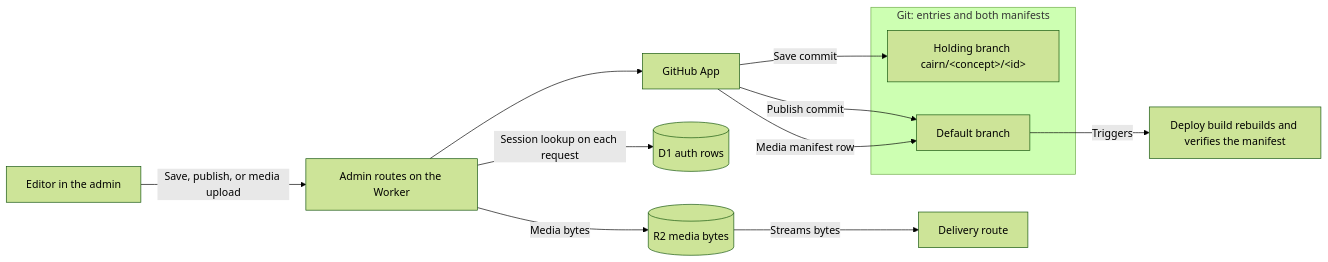
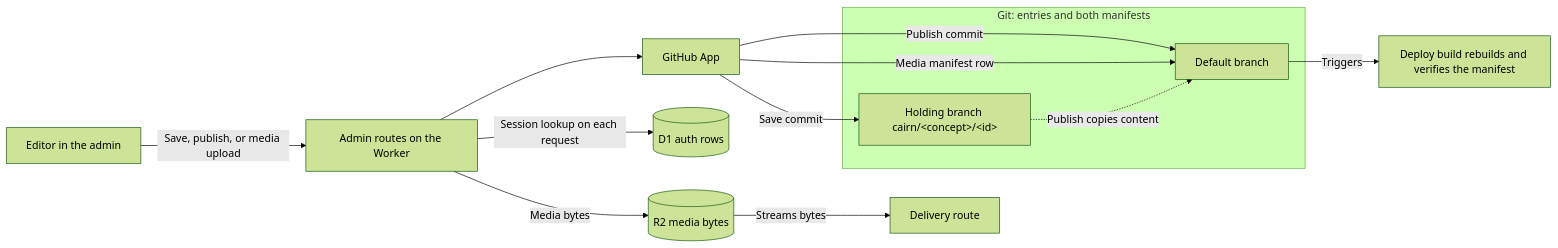
Before and after one commit to glw907/cairn-cms: the diagram in docs/extend/architecture.md, drawn with Mermaid (forest theme). The commit also changed other lines of this file and 14 other files, not shown here.

````diff
--- a/docs/extend/architecture.md
+++ b/docs/extend/architecture.md
@@ -76,25 +72,26 @@
 ```mermaid
 flowchart LR
   accTitle: Diagram of the write path and the three data tiers, showing which admin action reaches git, D1, or R2
-  accDescr: An editor's save, publish, or media upload reaches the admin routes on the Worker, whose guard looks up the session row in D1 on each request. The routes commit through the GitHub App, a save to the holding branch cairn/concept/id and a publish or a media manifest row to the default branch. A media upload also stores its bytes in R2. The publish commit triggers the deploy, whose build rebuilds and verifies the content manifest, and the delivery route streams media bytes from R2.
+  accDescr: An editor's save, publish, or media upload reaches the admin routes on the Worker, whose guard looks up the session row in D1 on each request. The routes commit through the GitHub App, a save to the holding branch cairn/concept/id and a publish or a media manifest row to the default branch, a publish copying the holding branch's content. A media upload also stores its bytes in R2. The publish commit triggers the deploy, whose build rebuilds and verifies the content manifest, and the delivery route streams media bytes from R2.
   editor[Editor in the admin]
   worker[Admin routes on the Worker]
   app[GitHub App]
   subgraph git[Git: entries and both manifests]
     hold["Holding branch cairn/#lt;concept#gt;/#lt;id#gt;"]
     main[Default branch]
   end
   d1[("D1 auth rows")]
   r2[("R2 media bytes")]
   build["Deploy build rebuilds and verifies the manifest"]
   delivery[Delivery route]
   editor -->|Save, publish, or media upload| worker
   worker -->|Session lookup on each request| d1
   worker -->|Media bytes| r2
   worker --> app
   app -->|Save commit| hold
   app -->|Publish commit| main
   app -->|Media manifest row| main
+  hold -.->|Publish copies content| main
   main -->|Triggers| build
   r2 -->|Streams bytes| delivery
 ```
````
